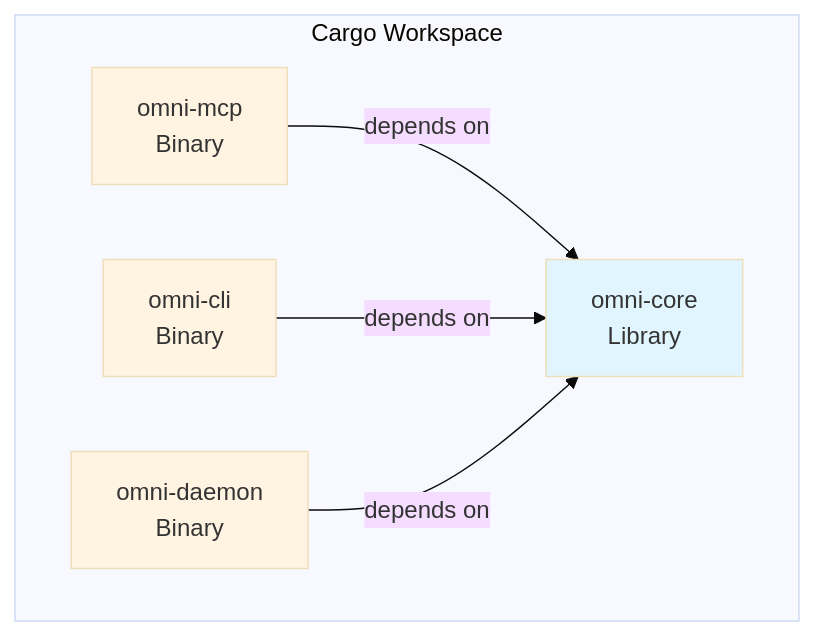
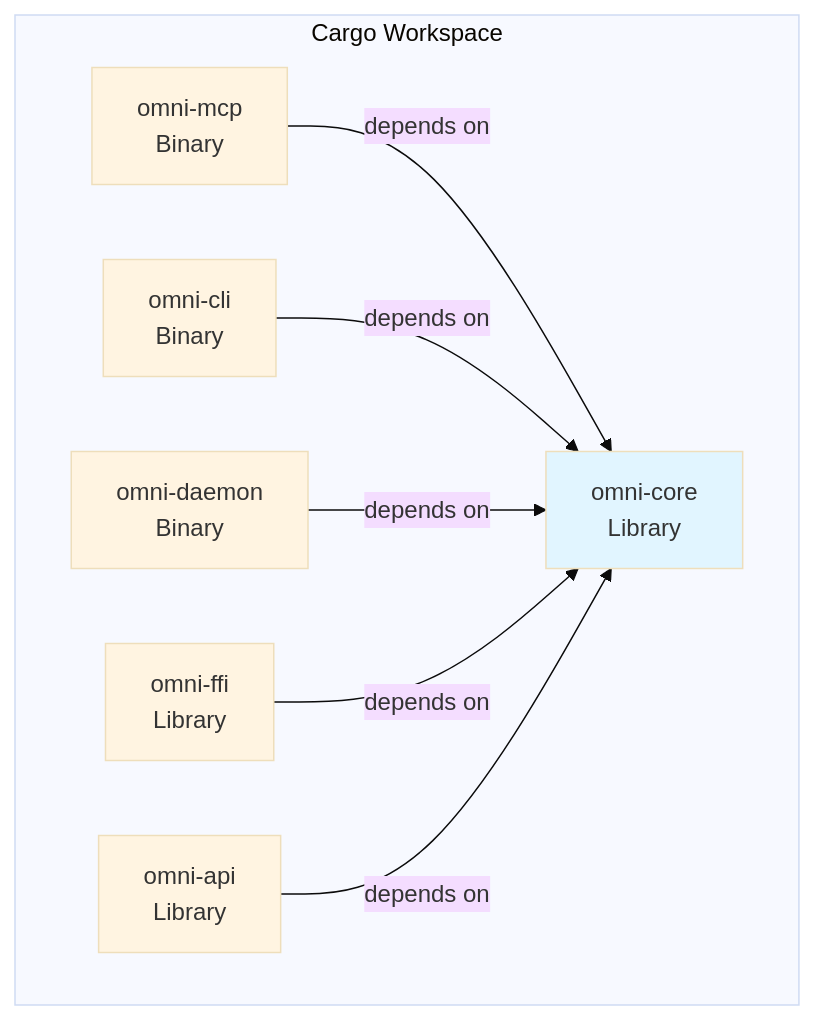
One commit to steeltroops-ai/omnicontext changed the fourth of 6 diagrams in docs/architecture/ADR.md. Above: the diagram before and after it, drawn with Mermaid (base theme). The commit also changed other lines of this file and 14 other files, not shown here.

First line of the commit message:
docs: rewrite architecture intelligence docs to production standard and fix all version/count discrepancies

````diff
--- a/docs/architecture/ADR.md
+++ b/docs/architecture/ADR.md
@@ -391,18 +395,24 @@
 ```mermaid
 graph TB
     subgraph "Cargo Workspace"
         A[omni-core<br/>Library]
         B[omni-mcp<br/>Binary]
         C[omni-cli<br/>Binary]
         D[omni-daemon<br/>Binary]
-        
+        E[omni-ffi<br/>Library]
+        F[omni-api<br/>Library]
+
         B -->|depends on| A
         C -->|depends on| A
         D -->|depends on| A
+        E -->|depends on| A
+        F -->|depends on| A
     end
-    
+
     style A fill:#e1f5ff
     style B fill:#fff4e1
     style C fill:#fff4e1
     style D fill:#fff4e1
+    style E fill:#fff4e1
+    style F fill:#fff4e1
 ```
````
